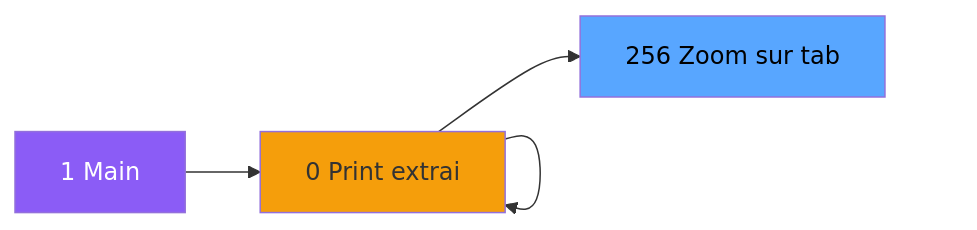
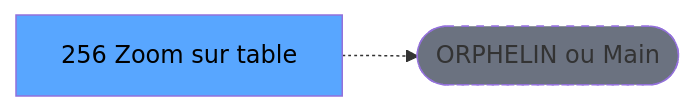
The second of 3 diagrams in .openspec/specs/ADH-IDE-256.md (thonyAGP/lecteur-magic), drawn with Mermaid before and after one commit. The commit also changed other lines of this file and 701 other files, not shown here.

````diff
--- a/.openspec/specs/ADH-IDE-256.md
+++ b/.openspec/specs/ADH-IDE-256.md
@@ -114,23 +117,8 @@
 ```mermaid
 graph LR
-    M[1 Main]
-    N0[0 Histo ventes]
-    N0[0 Histo ventes]
-    N0[0 Transaction ]
-    N0[0 Garantie sur]
-    N0[0 Print extrai]
-    T[256 Zoom sur tab]
-    M --> N0
-    N0 --> N0
-    N0 --> N0
-    N0 --> N0
-    N0 --> N0
-    N0 --> T
-    style M fill:#8b5cf6,color:#fff
-    style N0 fill:#f59e0b
-    style N0 fill:#f59e0b
-    style N0 fill:#f59e0b
-    style N0 fill:#f59e0b
-    style N0 fill:#f59e0b
+    T[256 Zoom sur table ]
+    ORPHAN([ORPHELIN ou Main])
+    T -.-> ORPHAN
     style T fill:#58a6ff,color:#000
+    style ORPHAN fill:#6b7280,stroke-dasharray: 5 5
 ```
````
